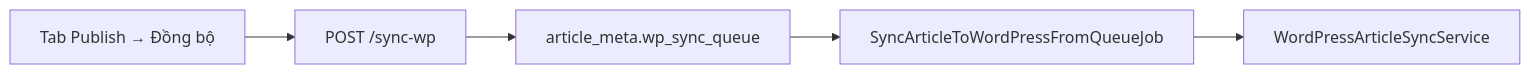
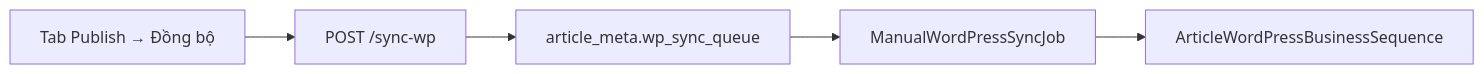
Before and after one commit to trung8356621/omnichannel-backend: the fourth of 8 diagrams in docs/MAP_SEO_EDITOR.md, drawn with Mermaid. The commit also changed other lines of this file and 145 other files, not shown here.

````diff
--- a/docs/MAP_SEO_EDITOR.md
+++ b/docs/MAP_SEO_EDITOR.md
@@ -400,10 +402,10 @@
 ```mermaid
 flowchart LR
     UI["Tab Publish → Đồng bộ"]
     API["POST /sync-wp"]
     META["article_meta.wp_sync_queue"]
-    JOB["SyncArticleToWordPressFromQueueJob"]
-    WP["WordPressArticleSyncService"]
+    JOB["ManualWordPressSyncJob"]
+    SEQ["ArticleWordPressBusinessSequence"]
 
-    UI --> API --> META --> JOB --> WP
+    UI --> API --> META --> JOB --> SEQ
 ```
````
